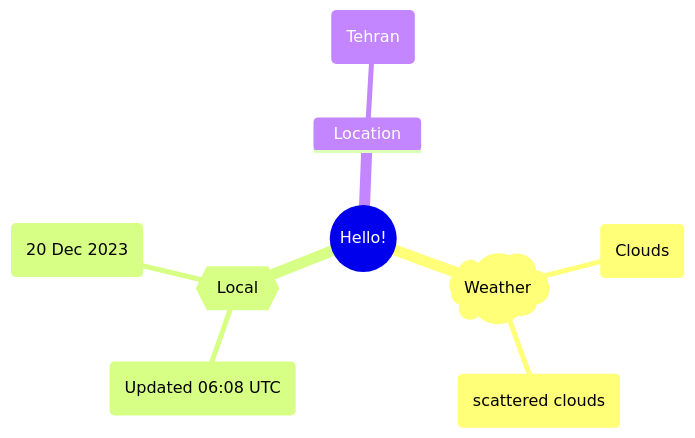
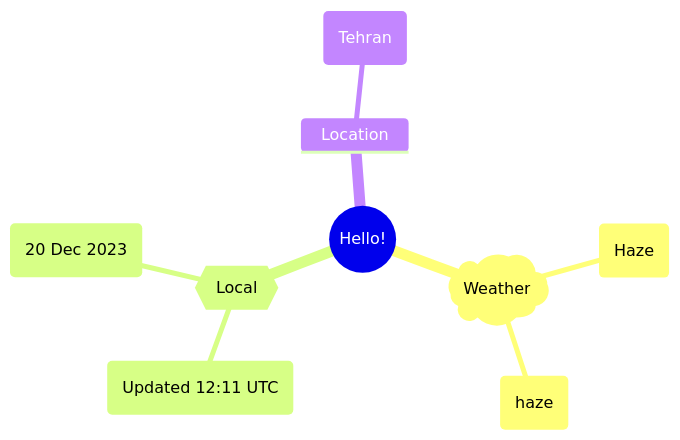
The first of 2 diagrams in README.md (Xosrov/Xosrov), drawn with Mermaid before and after one commit.

Commit message:
[bot] updated images

````diff
--- a/README.md
+++ b/README.md
@@ -3,12 +3,12 @@
 ```mermaid
 mindmap
   root((Hello!))
     )Weather(
-        (Clouds)
-        (scattered clouds)
+        (Haze)
+        (haze)
     {{Local}}
-        (Updated 06:08 UTC)
+        (Updated 12:11 UTC)
         (20 Dec 2023)
     Location
         (Tehran)
 ```
````
